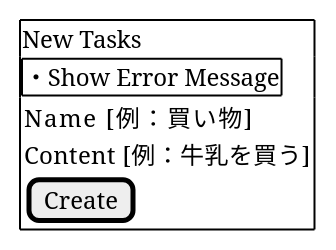
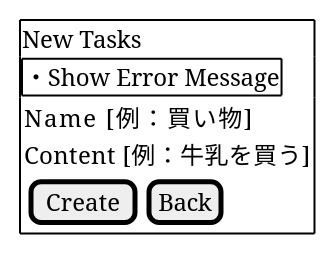
One commit to k2works/etude_for_rails changed the diagram in docs/dev/todo/UI_todo_new.puml. Above: the diagram before and after it, drawn with PlantUML. The commit also changed 12 other files, not shown here.

```diff
--- a/docs/dev/todo/UI_todo_new.puml
+++ b/docs/dev/todo/UI_todo_new.puml
@@ -1,15 +1,17 @@
 @startuml
 salt
 {+
   New Tasks
   {#
    ・Show Error Message
   }
 
   {
   Name    [例：買い物]
   Content  [例：牛乳を買う]
-  [Create]
+  {
+  [Create]|[Back]
+  }
   }
 }
 @enduml
```
